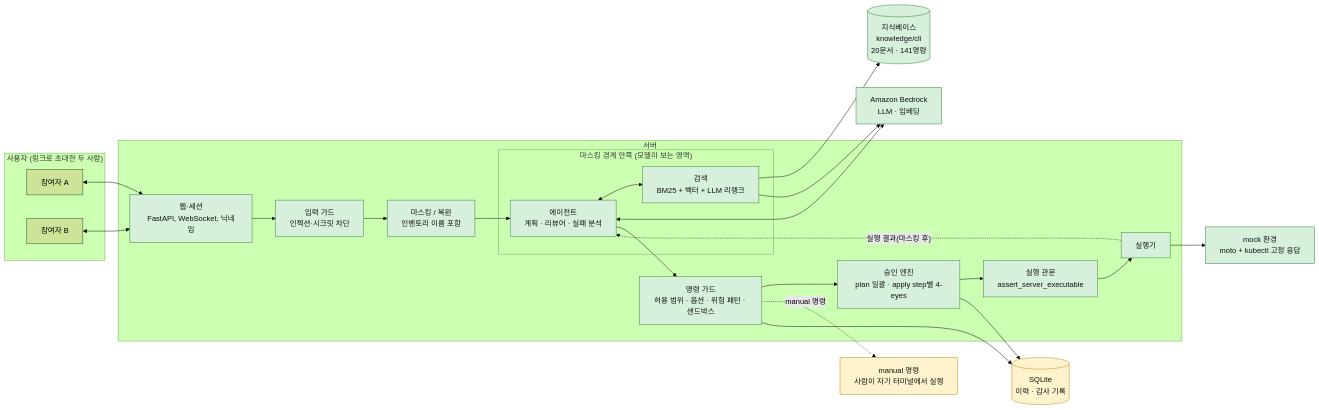
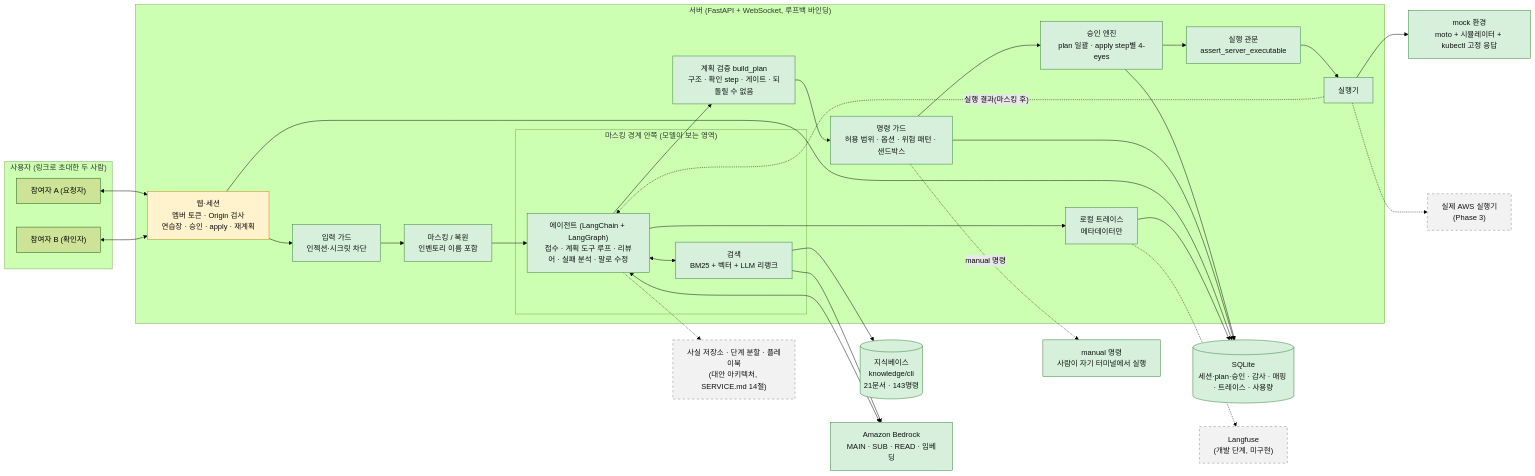
One commit to jhc4guru/mini-pjt changed the diagram in README.md. Above: the diagram before and after it, drawn with Mermaid (forest theme). The commit also changed other lines of this file and 41 other files, not shown here.

````diff
--- a/README.md
+++ b/README.md
@@ -29,48 +29,59 @@
 ```mermaid
 flowchart LR
   subgraph USERS["사용자 (링크로 초대한 두 사람)"]
-    A["참여자 A"]
-    B["참여자 B"]
+    A["참여자 A (요청자)"]
+    B["참여자 B (확인자)"]
   end
 
-  subgraph SERVER["서버"]
-    WEB["웹·세션<br/>FastAPI, WebSocket, 닉네임"]
+  subgraph SERVER["서버 (FastAPI + WebSocket, 루프백 바인딩)"]
+    WEB["웹·세션<br/>멤버 토큰 · Origin 검사<br/>연습장 · 승인 · apply · 재계획"]
     IG["입력 가드<br/>인젝션·시크릿 차단"]
     MK["마스킹 / 복원<br/>인벤토리 이름 포함"]
     subgraph MODEL["마스킹 경계 안쪽 (모델이 보는 영역)"]
-      AG["에이전트<br/>계획 · 리뷰어 · 실패 분석"]
+      AG["에이전트 (LangChain + LangGraph)<br/>접수 · 계획 도구 루프 · 리뷰어 · 실패 분석 · 말로 수정"]
       RAG["검색<br/>BM25 + 벡터 + LLM 리랭크"]
     end
+    BP["계획 검증 build_plan<br/>구조 · 확인 step · 게이트 · 되돌릴 수 없음"]
     CG["명령 가드<br/>허용 범위 · 옵션 · 위험 패턴 · 샌드박스"]
     AP["승인 엔진<br/>plan 일괄 · apply step별 4-eyes"]
     GATE["실행 관문<br/>assert_server_executable"]
     EX["실행기"]
+    TR["로컬 트레이스<br/>메타데이터만"]
   end
 
-  KB[("지식베이스<br/>knowledge/cli<br/>20문서 · 141명령")]
-  LLM["Amazon Bedrock<br/>LLM · 임베딩"]
-  MOCK["mock 환경<br/>moto + kubectl 고정 응답"]
+  KB[("지식베이스<br/>knowledge/cli<br/>21문서 · 143명령")]
+  LLM["Amazon Bedrock<br/>MAIN · SUB · READ · 임베딩"]
+  MOCK["mock 환경<br/>moto + 시뮬레이터 + kubectl 고정 응답"]
   MAN["manual 명령<br/>사람이 자기 터미널에서 실행"]
-  DB[("SQLite<br/>이력 · 감사 기록")]
+  DB[("SQLite<br/>세션·plan·승인 · 감사 · 매핑 · 트레이스 · 사용량")]
+  REAL["실제 AWS 실행기<br/>(Phase 3)"]
+  LF["Langfuse<br/>(개발 단계, 미구현)"]
+  PROP["사실 저장소 · 단계 분할 · 플레이북<br/>(대안 아키텍처, SERVICE.md 14절)"]
 
   A <--> WEB
   B <--> WEB
   WEB --> IG --> MK --> AG
   AG <--> RAG
   RAG --> KB
   RAG --> LLM
   AG <--> LLM
-  AG --> CG
+  AG --> BP --> CG
   CG --> AP
   CG -.->|"manual 명령"| MAN
   AP --> GATE --> EX --> MOCK
   EX -.->|"실행 결과(마스킹 후)"| AG
+  EX -.-> REAL
   AP --> DB
   CG --> DB
+  WEB --> DB
+  AG --> TR --> DB
+  TR -.-> LF
+  AG -.-> PROP
 
   classDef done fill:#d6f0dc,stroke:#2e7d32,color:#111;
   classDef part fill:#fff3cd,stroke:#b8860b,color:#111;
   classDef plan fill:#f2f2f2,stroke:#888,stroke-dasharray:5 5,color:#111;
-  class IG,MK,AG,RAG,KB,LLM,CG,GATE,EX,MOCK,AP,WEB done;
-  class DB,MAN part;
+  class IG,MK,AG,RAG,KB,LLM,CG,GATE,EX,MOCK,AP,BP,DB,TR,MAN done;
+  class WEB part;
+  class REAL,LF,PROP plan;
 ```
````
